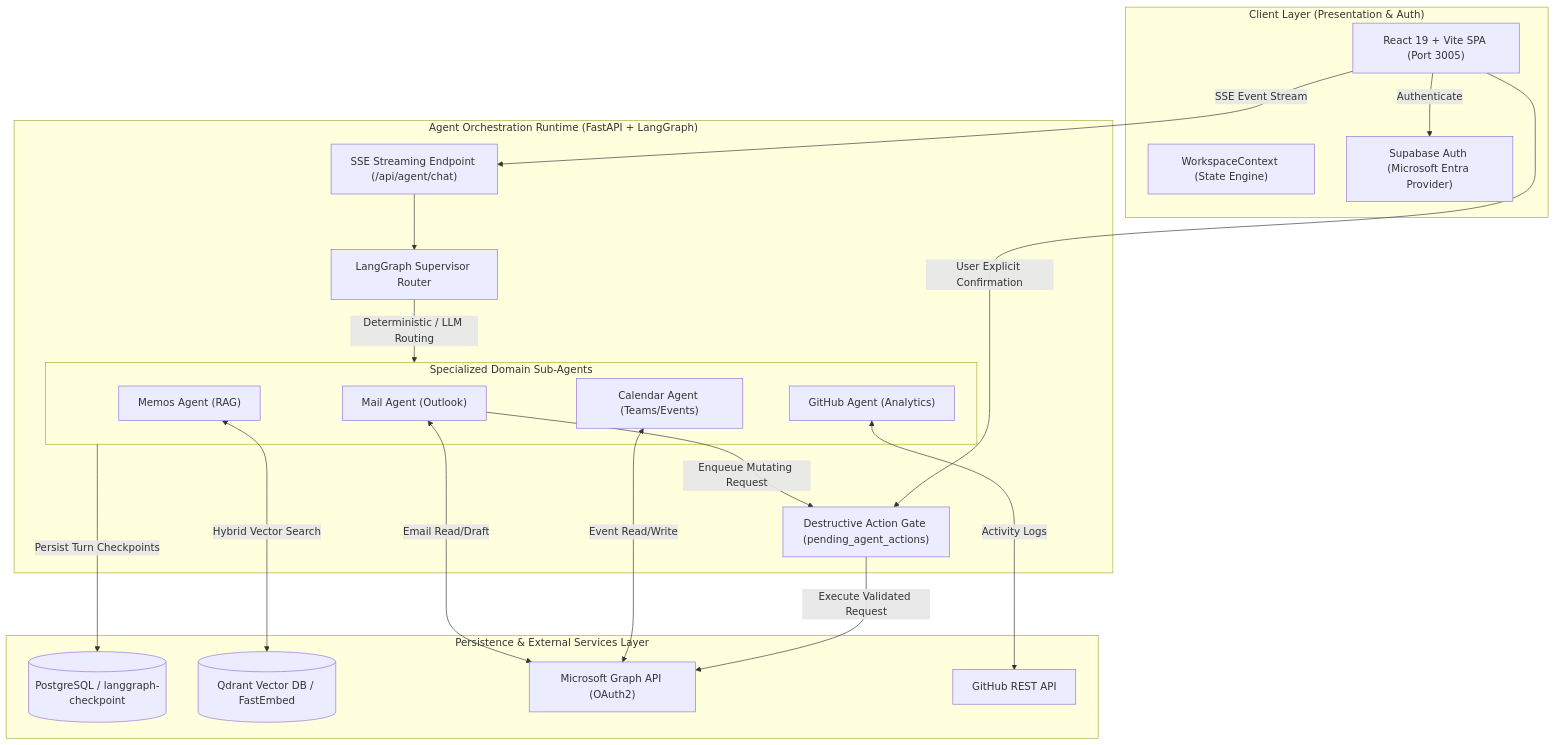
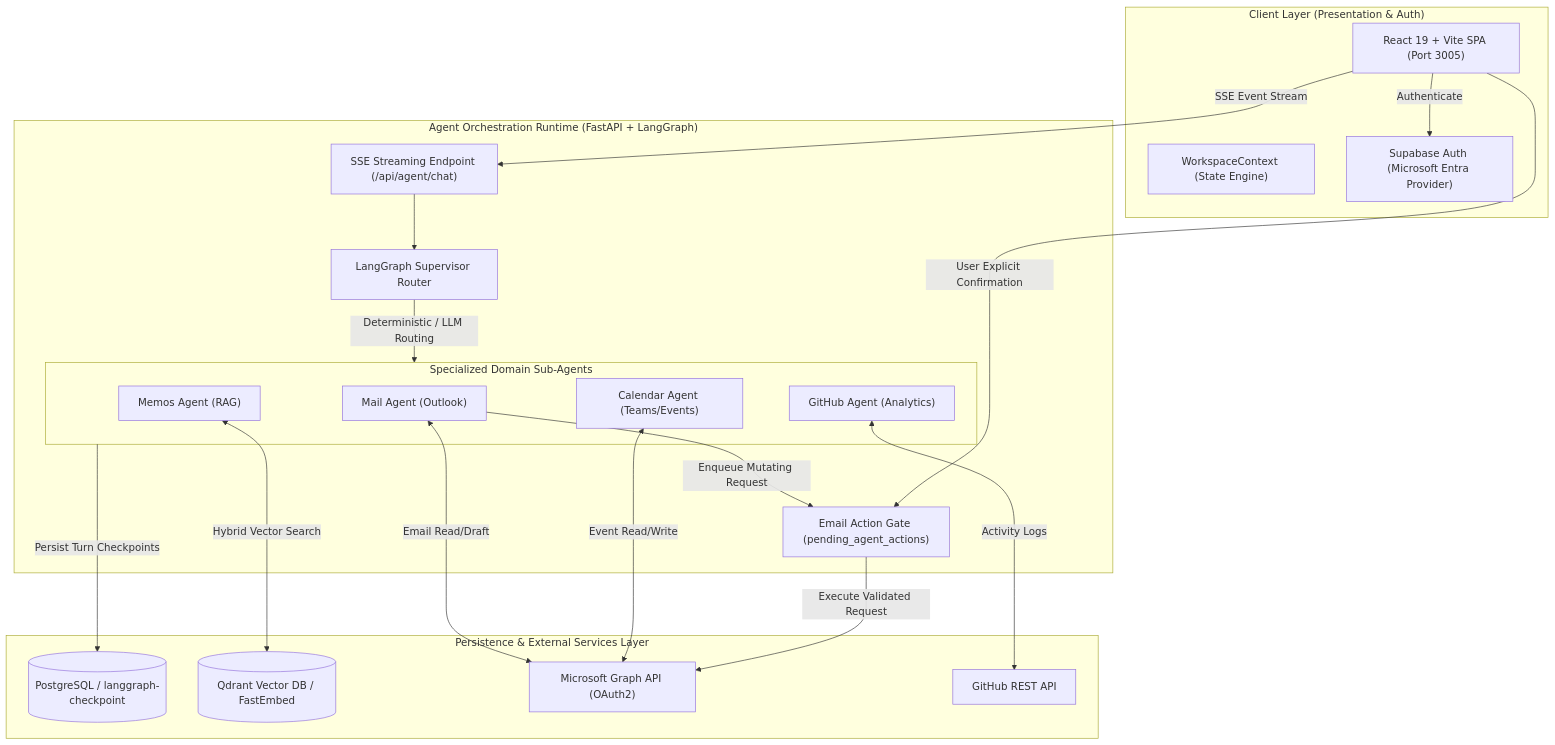
One commit to hunanjay/friday changed the diagram in README.md. Above: the diagram before and after it, drawn with Mermaid. The commit also changed other lines of this file and 19 other files, not shown here.

````diff
--- a/README.md
+++ b/README.md
@@ -36,44 +37,44 @@
 ```mermaid
 graph TD
     subgraph ClientLayer ["Client Layer (Presentation & Auth)"]
         FE["React 19 + Vite SPA (Port 3005)"]
         CTX["WorkspaceContext (State Engine)"]
         SupaAuth["Supabase Auth (Microsoft Entra Provider)"]
     end
 
     subgraph AgentRuntime ["Agent Orchestration Runtime (FastAPI + LangGraph)"]
         SSE["SSE Streaming Endpoint (/api/agent/chat)"]
         SupAgent["LangGraph Supervisor Router"]
         
         subgraph SubAgents ["Specialized Domain Sub-Agents"]
             MailA["Mail Agent (Outlook)"]
             CalA["Calendar Agent (Teams/Events)"]
             MemoA["Memos Agent (RAG)"]
             GHA["GitHub Agent (Analytics)"]
         end
 
-        Gate["Destructive Action Gate (pending_agent_actions)"]
+        Gate["Email Action Gate (pending_agent_actions)"]
     end
 
     subgraph PersistenceLayer ["Persistence & External Services Layer"]
         Postgres[(PostgreSQL / langgraph-checkpoint)]
         QdrantDB[(Qdrant Vector DB / FastEmbed)]
         MSGraph["Microsoft Graph API (OAuth2)"]
         GHAPI["GitHub REST API"]
     end
 
     FE -->|Authenticate| SupaAuth
     FE -->|SSE Event Stream| SSE
     SSE --> SupAgent
     
     SupAgent -->|Deterministic / LLM Routing| SubAgents
     MailA <-->|Email Read/Draft| MSGraph
     CalA <-->|Event Read/Write| MSGraph
     GHA <-->|Activity Logs| GHAPI
     MemoA <-->|Hybrid Vector Search| QdrantDB
     
     SubAgents -->|Persist Turn Checkpoints| Postgres
     MailA -->|Enqueue Mutating Request| Gate
     FE -->|User Explicit Confirmation| Gate
     Gate -->|Execute Validated Request| MSGraph
 ```
````
